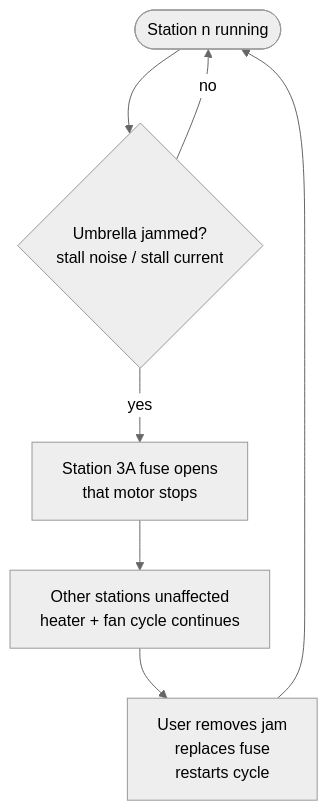
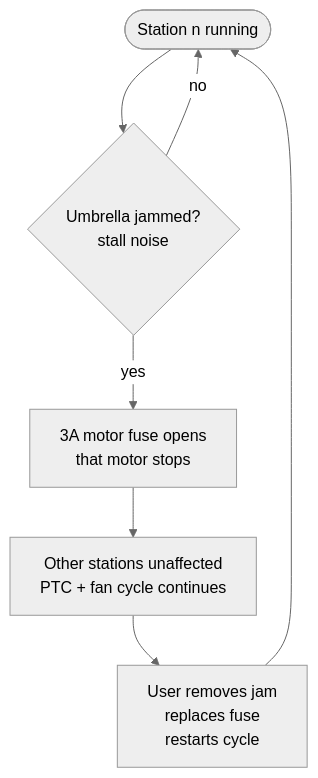
One commit to qppd/umbrella-dryer-v2 changed the third of 4 diagrams in docs/FLOWCHART.md. Above: the diagram before and after it, drawn with Mermaid (neutral theme). The commit also changed other lines of this file and 14 other files, not shown here.

````diff
--- a/docs/FLOWCHART.md
+++ b/docs/FLOWCHART.md
@@ -68,9 +68,9 @@
 ```mermaid
 flowchart TD
-    RUN([Station n running]) --> JAM{Umbrella jammed?<br/>stall noise / stall current}
-    JAM -- yes --> FUSE[Station 3A fuse opens<br/>that motor stops]
-    FUSE --> ISO[Other stations unaffected<br/>heater + fan cycle continues]
-    ISO --> USER[User removes jam<br/>replaces fuse<br/>restarts cycle]
+    RUN(["Station n running"]) --> JAM{Umbrella jammed?<br/>stall noise}
+    JAM -- yes --> FUSE["3A motor fuse opens<br/>that motor stops"]
+    FUSE --> ISO["Other stations unaffected<br/>PTC + fan cycle continues"]
+    ISO --> USER["User removes jam<br/>replaces fuse<br/>restarts cycle"]
     USER --> RUN
     JAM -- no --> RUN
 ```
````
